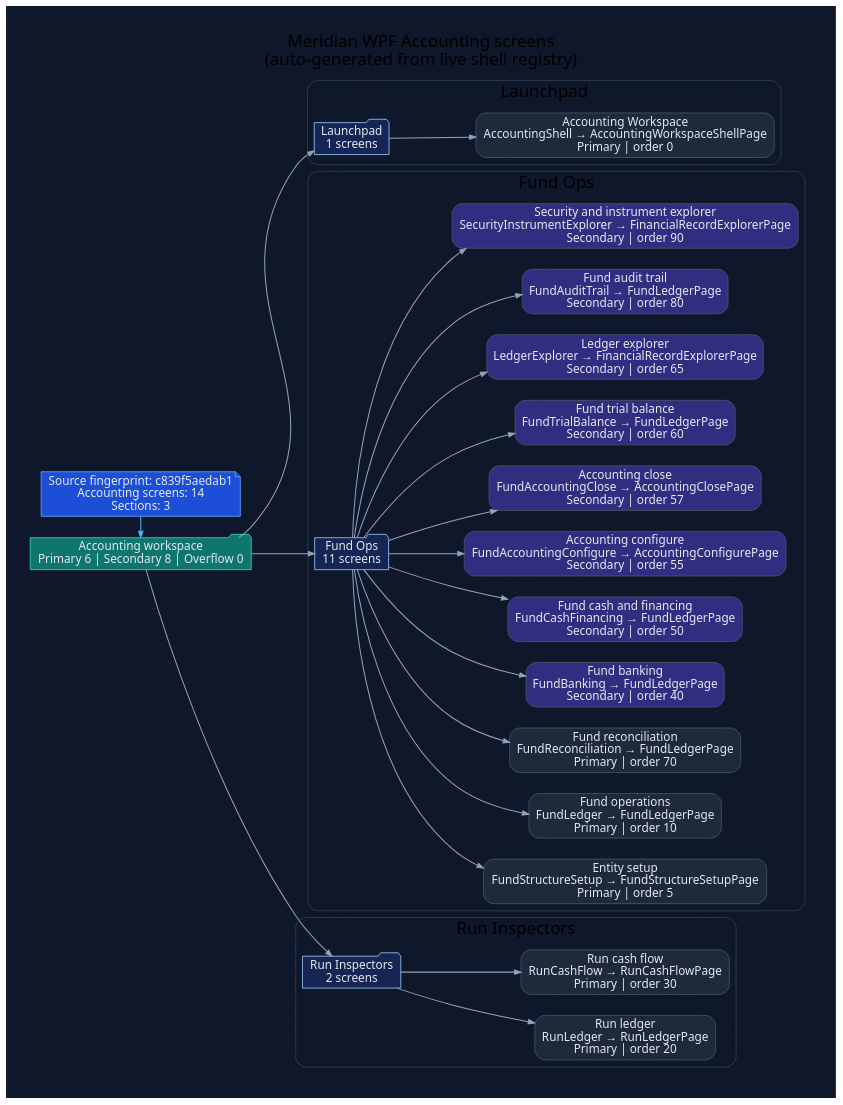
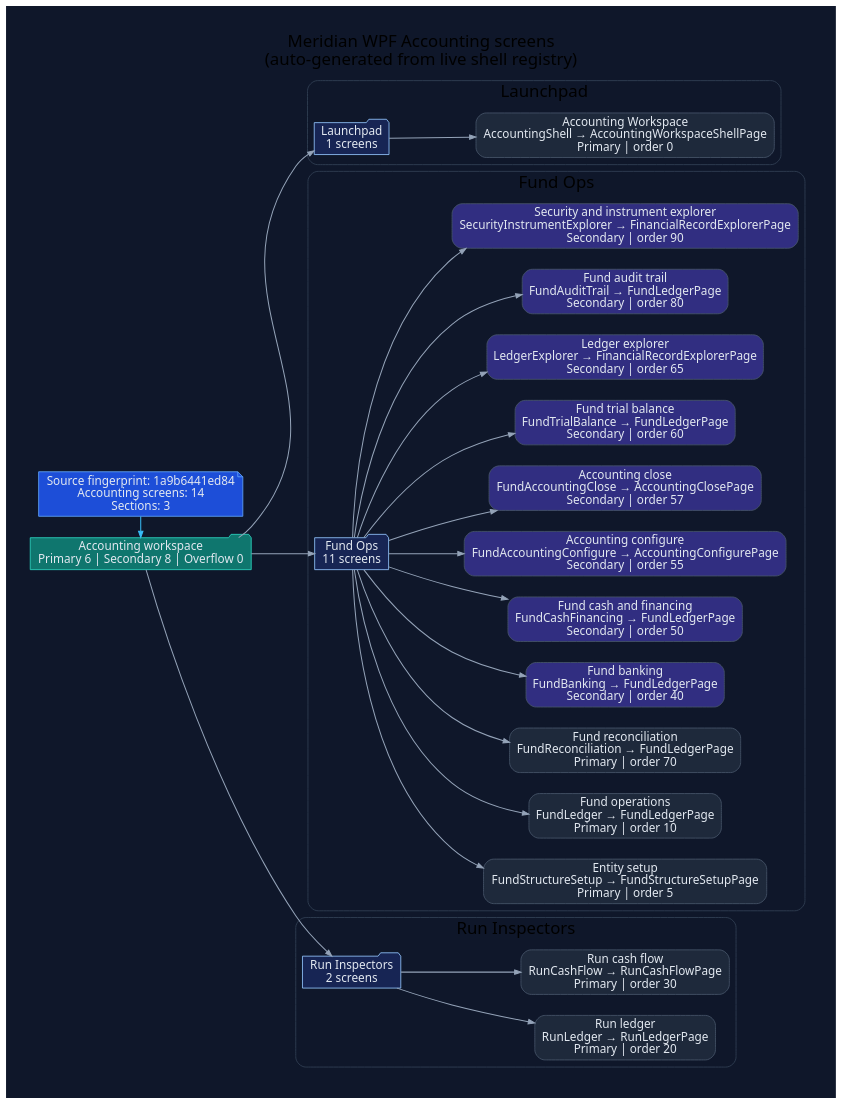
One commit to rodoHasArrived/Meridian-main changed the diagram in docs/diagrams/ui/ui-wpf-screens-accounting.dot. Above: the diagram before and after it, drawn with Graphviz. The commit also changed 43 other files, not shown here.

First line of the commit message:
Regenerate WPF navigation diagrams for the current source fingerprint

```diff
--- a/docs/diagrams/ui/ui-wpf-screens-accounting.dot
+++ b/docs/diagrams/ui/ui-wpf-screens-accounting.dot
@@ -1,78 +1,78 @@
 // -----------------------------------------------------------------------------
 // <auto-generated>
 // Generated by scripts/generate-diagrams.mjs.
 // Do not edit this file directly; update the WPF source files instead.
 // -----------------------------------------------------------------------------
 digraph WpfAccountingScreens {
   graph [
     rankdir=LR,
     labelloc=t,
     label="Meridian WPF Accounting screens\n(auto-generated from live shell registry)",
     fontname="Segoe UI",
     fontsize=20,
     pad=0.4,
     nodesep=0.35,
     ranksep=0.85,
     bgcolor="#0f172a"
   ];
   node [fontname="Segoe UI", shape=box, style="rounded,filled", color="#475569", fontcolor="#e2e8f0", fillcolor="#1e293b"];
   edge [fontname="Segoe UI", color="#94a3b8", penwidth=1.2, arrowsize=0.75];
 
-  generated [shape=note, fillcolor="#1d4ed8", color="#60a5fa", label="Source fingerprint: c839f5aedab1\nAccounting screens: 14\nSections: 3"];
+  generated [shape=note, fillcolor="#1d4ed8", color="#60a5fa", label="Source fingerprint: 1a9b6441ed84\nAccounting screens: 14\nSections: 3"];
   workspace [shape=folder, fillcolor="#0f766e", color="#2dd4bf", label="Accounting workspace\nPrimary 6 | Secondary 8 | Overflow 0"];
   generated -> workspace [color="#38bdf8"];
 
   subgraph cluster_section_1 {
     label="Launchpad";
     color="#334155";
     style="rounded";
     section_1 [shape=folder, fillcolor="#172554", color="#93c5fd", label="Launchpad\n1 screens"];
     workspace -> section_1;
     screen_AccountingShell [fillcolor="#1e293b", label="Accounting Workspace\nAccountingShell → AccountingWorkspaceShellPage\nPrimary | order 0"];
     section_1 -> screen_AccountingShell;
   }
 
   subgraph cluster_section_2 {
     label="Fund Ops";
     color="#334155";
     style="rounded";
     section_2 [shape=folder, fillcolor="#172554", color="#93c5fd", label="Fund Ops\n11 screens"];
     workspace -> section_2;
     screen_FundStructureSetup [fillcolor="#1e293b", label="Entity setup\nFundStructureSetup → FundStructureSetupPage\nPrimary | order 5"];
     section_2 -> screen_FundStructureSetup;
     screen_FundLedger [fillcolor="#1e293b", label="Fund operations\nFundLedger → FundLedgerPage\nPrimary | order 10"];
     section_2 -> screen_FundLedger;
     screen_FundReconciliation [fillcolor="#1e293b", label="Fund reconciliation\nFundReconciliation → FundLedgerPage\nPrimary | order 70"];
     section_2 -> screen_FundReconciliation;
     screen_FundBanking [fillcolor="#312e81", label="Fund banking\nFundBanking → FundLedgerPage\nSecondary | order 40"];
     section_2 -> screen_FundBanking;
     screen_FundCashFinancing [fillcolor="#312e81", label="Fund cash and financing\nFundCashFinancing → FundLedgerPage\nSecondary | order 50"];
     section_2 -> screen_FundCashFinancing;
     screen_FundAccountingConfigure [fillcolor="#312e81", label="Accounting configure\nFundAccountingConfigure → AccountingConfigurePage\nSecondary | order 55"];
     section_2 -> screen_FundAccountingConfigure;
     screen_FundAccountingClose [fillcolor="#312e81", label="Accounting close\nFundAccountingClose → AccountingClosePage\nSecondary | order 57"];
     section_2 -> screen_FundAccountingClose;
     screen_FundTrialBalance [fillcolor="#312e81", label="Fund trial balance\nFundTrialBalance → FundLedgerPage\nSecondary | order 60"];
     section_2 -> screen_FundTrialBalance;
     screen_LedgerExplorer [fillcolor="#312e81", label="Ledger explorer\nLedgerExplorer → FinancialRecordExplorerPage\nSecondary | order 65"];
     section_2 -> screen_LedgerExplorer;
     screen_FundAuditTrail [fillcolor="#312e81", label="Fund audit trail\nFundAuditTrail → FundLedgerPage\nSecondary | order 80"];
     section_2 -> screen_FundAuditTrail;
     screen_SecurityInstrumentExplorer [fillcolor="#312e81", label="Security and instrument explorer\nSecurityInstrumentExplorer → FinancialRecordExplorerPage\nSecondary | order 90"];
     section_2 -> screen_SecurityInstrumentExplorer;
   }
 
   subgraph cluster_section_3 {
     label="Run Inspectors";
     color="#334155";
     style="rounded";
     section_3 [shape=folder, fillcolor="#172554", color="#93c5fd", label="Run Inspectors\n2 screens"];
     workspace -> section_3;
     screen_RunLedger [fillcolor="#1e293b", label="Run ledger\nRunLedger → RunLedgerPage\nPrimary | order 20"];
     section_3 -> screen_RunLedger;
     screen_RunCashFlow [fillcolor="#1e293b", label="Run cash flow\nRunCashFlow → RunCashFlowPage\nPrimary | order 30"];
     section_3 -> screen_RunCashFlow;
   }
 
   { rank=min; generated; workspace; }
 }
```
